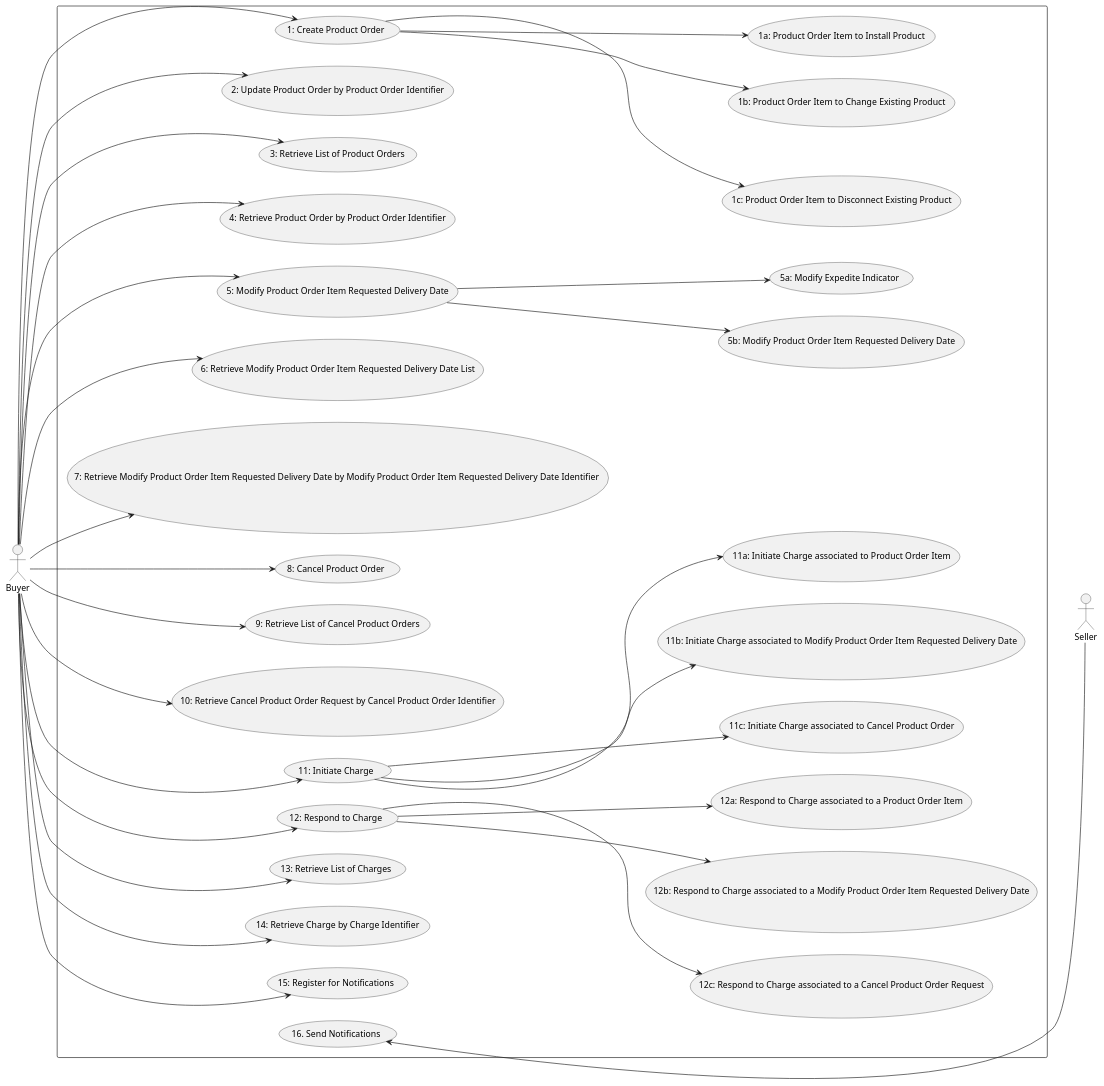
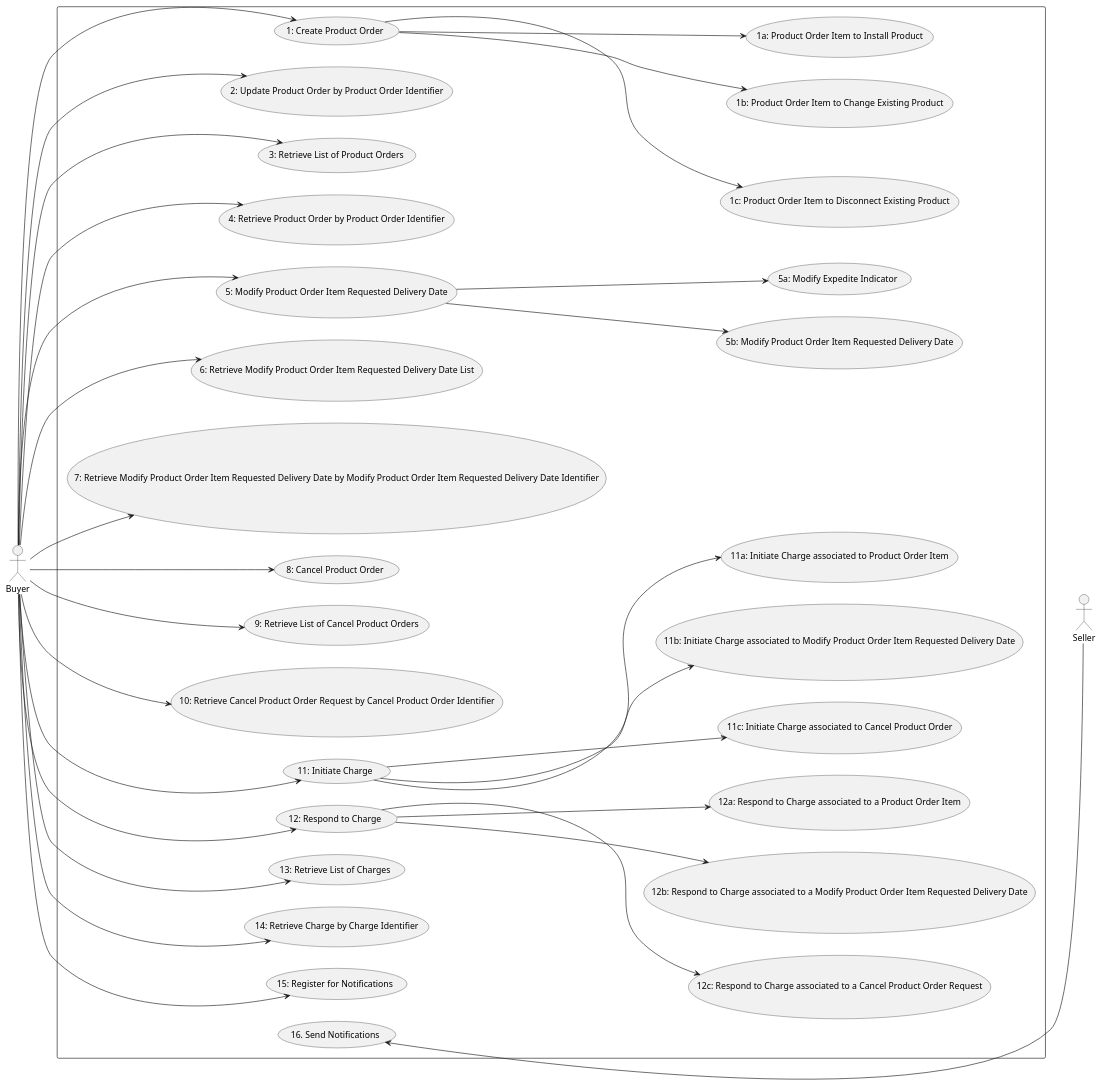
One commit to MEF-GIT/MEF-LSO-Sonata-SDK changed the diagram in documentation/productApi/order/media/src/useCases.puml. Above: the diagram before and after it, drawn with PlantUML. The commit also changed 382 other files, not shown here.

```diff
--- a/documentation/productApi/order/media/src/useCases.puml
+++ b/documentation/productApi/order/media/src/useCases.puml
@@ -1,45 +1,45 @@
 @startuml
 
 left to right direction
 actor Seller
 actor Buyer
 
 rectangle {
 Buyer --> (1: Create Product Order)
 Buyer --> (2: Update Product Order by Product Order Identifier)
 (1: Create Product Order) --> (1c: Product Order Item to Disconnect Existing Product)
 (1: Create Product Order) --> (1b: Product Order Item to Change Existing Product)
 (1: Create Product Order) --> (1a: Product Order Item to Install Product)
 
 Buyer --> (3: Retrieve List of Product Orders)
 Buyer --> (4: Retrieve Product Order by Product Order Identifier)
 Buyer --> (5: Modify Product Order Item Requested Delivery Date)
 (5: Modify Product Order Item Requested Delivery Date) --> (5b: Modify Product Order Item Requested Delivery Date)
 (5: Modify Product Order Item Requested Delivery Date) --> (5a: Modify Expedite Indicator)
 
 Buyer --> (6: Retrieve Modify Product Order Item Requested Delivery Date List)
-Buyer --> (7: Retrieve Modify Product Order Item Requested Delivery Date by Modify Product Order Item Requested Delivery Date Identifier )
+Buyer --> (7: Retrieve Modify Product Order Item Requested Delivery Date by Modify Product Order Item Requested Delivery Date Identifier)
 Buyer --> (8: Cancel Product Order)
 Buyer --> (9: Retrieve List of Cancel Product Orders)
 Buyer --> (10: Retrieve Cancel Product Order Request by Cancel Product Order Identifier)
 Buyer --> (11: Initiate Charge)
 
 (11: Initiate Charge) --> (11c: Initiate Charge associated to Cancel Product Order)
 (11: Initiate Charge) --> (11b: Initiate Charge associated to Modify Product Order Item Requested Delivery Date)
 (11: Initiate Charge) --> (11a: Initiate Charge associated to Product Order Item)
 
 Buyer --> (12: Respond to Charge)
 (12: Respond to Charge) --> (12c: Respond to Charge associated to a Cancel Product Order Request)
 (12: Respond to Charge) --> (12b: Respond to Charge associated to a Modify Product Order Item Requested Delivery Date)
 (12: Respond to Charge) --> (12a: Respond to Charge associated to a Product Order Item)
 
 Buyer --> (13: Retrieve List of Charges)
 Buyer --> (14: Retrieve Charge by Charge Identifier)
 Buyer --> (15: Register for Notifications)
 (16. Send Notifications) <-- Seller
 
 Seller -[hidden]up-> (1c: Product Order Item to Disconnect Existing Product)
 
 }
 
 @enduml
```
